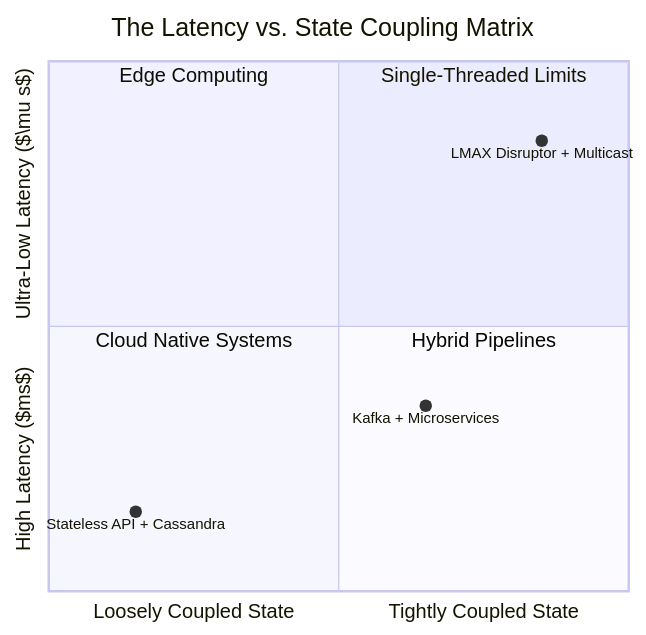
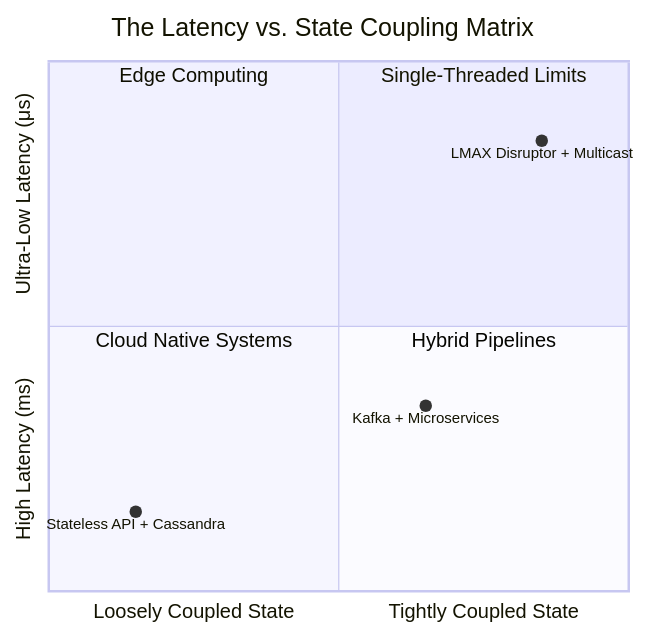
The diagram in content/posts/4.stock_exchange_tradeoffs.md (tuanhiep/tuanhiep.github.io), drawn with Mermaid before and after one commit.

Commit message:
Stock Exchange Core (4/4): Trade-offs, Scaling Limits & Alternative Architectures

````diff
--- a/content/posts/4.stock_exchange_tradeoffs.md
+++ b/content/posts/4.stock_exchange_tradeoffs.md
@@ -73,13 +73,13 @@
 ```mermaid
 quadrantChart
     title The Latency vs. State Coupling Matrix
     x-axis "Loosely Coupled State" --> "Tightly Coupled State"
-    y-axis "High Latency ($ms$)" --> "Ultra-Low Latency ($\mu s$)"
+    y-axis "High Latency (ms)" --> "Ultra-Low Latency (μs)"
     quadrant-1 "Single-Threaded Limits"
     quadrant-2 "Edge Computing"
     quadrant-3 "Cloud Native Systems"
     quadrant-4 "Hybrid Pipelines"
     "LMAX Disruptor + Multicast": [0.85, 0.85]
     "Kafka + Microservices": [0.65, 0.35]
     "Stateless API + Cassandra": [0.15, 0.15]
 ```
````
